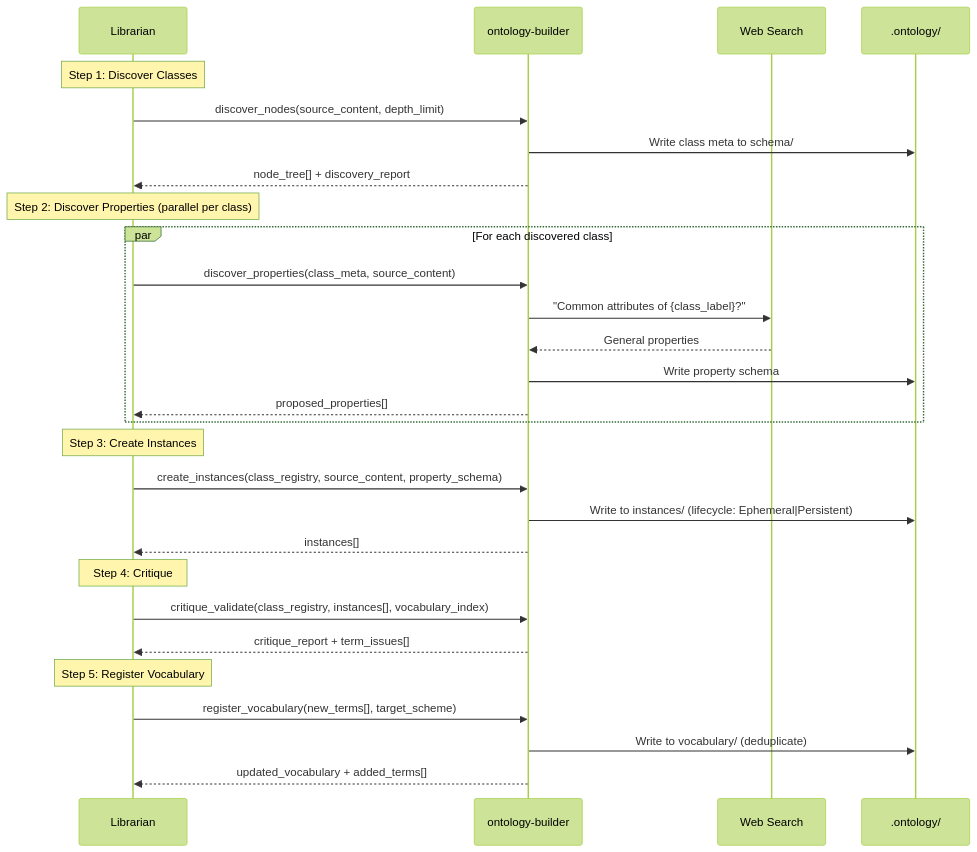
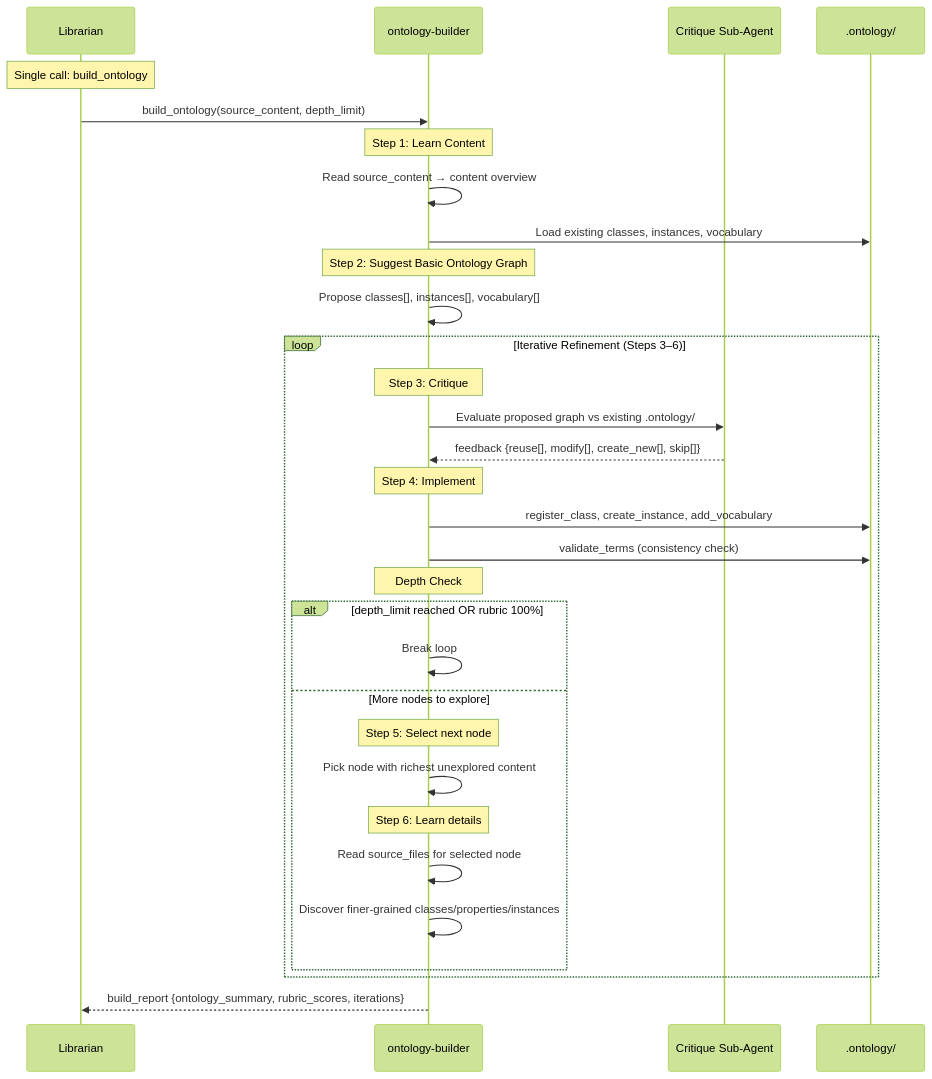
The third of 4 diagrams in x-ipe-docs/requirements/EPIC-059/FEATURE-059-C/technical-design.md (Young-Z/X-IPE), drawn with Mermaid (forest theme) before and after one commit. The commit also changed other lines of this file and 3 other files, not shown here.

First line of the commit message:
feat(ontology-builder): redesign to single build_ontology operation

````diff
--- a/x-ipe-docs/requirements/EPIC-059/FEATURE-059-C/technical-design.md
+++ b/x-ipe-docs/requirements/EPIC-059/FEATURE-059-C/technical-design.md
@@ -212,35 +215,41 @@
 ```mermaid
 sequenceDiagram
     participant L as Librarian
     participant OB as ontology-builder
-    participant WS as Web Search
+    participant C as Critique Sub-Agent
     participant O as .ontology/
 
-    Note over L: Step 1: Discover Classes
-    L->>OB: discover_nodes(source_content, depth_limit)
-    OB->>O: Write class meta to schema/
-    OB-->>L: node_tree[] + discovery_report
+    Note over L: Single call: build_ontology
+    L->>OB: build_ontology(source_content, depth_limit)
 
-    Note over L: Step 2: Discover Properties (parallel per class)
-    par For each discovered class
-        L->>OB: discover_properties(class_meta, source_content)
-        OB->>WS: "Common attributes of {class_label}?"
-        WS-->>OB: General properties
-        OB->>O: Write property schema
-        OB-->>L: proposed_properties[]
+    Note over OB: Step 1: Learn Content
+    OB->>OB: Read source_content → content overview
+    OB->>O: Load existing classes, instances, vocabulary
+
+    Note over OB: Step 2: Suggest Basic Ontology Graph
+    OB->>OB: Propose classes[], instances[], vocabulary[]
+
+    loop Iterative Refinement (Steps 3–6)
+        Note over OB: Step 3: Critique
+        OB->>C: Evaluate proposed graph vs existing .ontology/
+        C-->>OB: feedback {reuse[], modify[], create_new[], skip[]}
+
+        Note over OB: Step 4: Implement
+        OB->>O: register_class, create_instance, add_vocabulary
+        OB->>O: validate_terms (consistency check)
+
+        Note over OB: Depth Check
+        alt depth_limit reached OR rubric 100%
+            OB->>OB: Break loop
+        else More nodes to explore
+            Note over OB: Step 5: Select next node
+            OB->>OB: Pick node with richest unexplored content
+
+            Note over OB: Step 6: Learn details
+            OB->>OB: Read source_files for selected node
+            OB->>OB: Discover finer-grained classes/properties/instances
+        end
     end
 
-    Note over L: Step 3: Create Instances
-    L->>OB: create_instances(class_registry, source_content, property_schema)
-    OB->>O: Write to instances/ (lifecycle: Ephemeral|Persistent)
-    OB-->>L: instances[]
-
-    Note over L: Step 4: Critique
-    L->>OB: critique_validate(class_registry, instances[], vocabulary_index)
-    OB-->>L: critique_report + term_issues[]
-
-    Note over L: Step 5: Register Vocabulary
-    L->>OB: register_vocabulary(new_terms[], target_scheme)
-    OB->>O: Write to vocabulary/ (deduplicate)
-    OB-->>L: updated_vocabulary + added_terms[]
+    OB-->>L: build_report {ontology_summary, rubric_scores, iterations}
 ```
````
